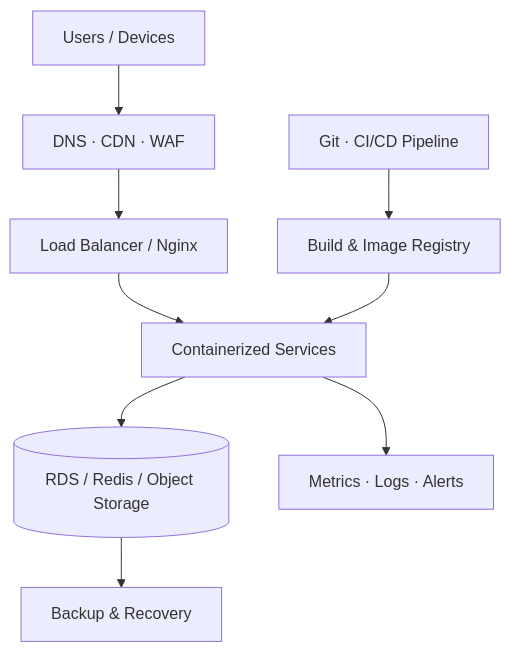
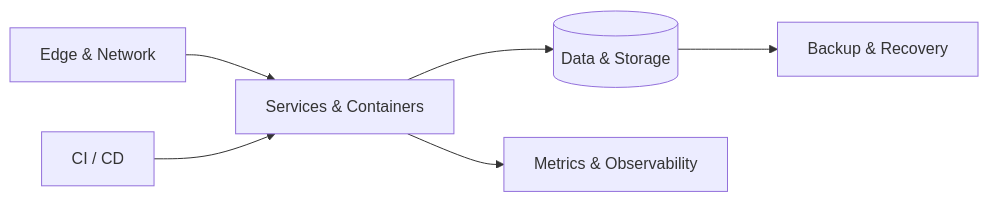
Before and after one commit to rui-Gg/rui-Gg: the diagram in README.md, drawn with Mermaid. The commit also changed other lines of this file, not shown here.

````diff
--- a/README.md
+++ b/README.md
@@ -68,11 +48,8 @@
 ```mermaid
-flowchart TB
-    U[Users / Devices] --> EDGE[DNS · CDN · WAF]
-    EDGE --> LB[Load Balancer / Nginx]
-    LB --> APP[Containerized Services]
-    APP --> DATA[(RDS / Redis / Object Storage)]
-    CI[Git · CI/CD Pipeline] --> REG[Build & Image Registry]
-    REG --> APP
-    APP --> OBS[Metrics · Logs · Alerts]
-    DATA --> BK[Backup & Recovery]
+flowchart LR
+    EDGE["Edge & Network"] --> APP["Services & Containers"]
+    PIPE["CI / CD"] --> APP
+    APP --> DATA[("Data & Storage")]
+    APP --> OBS["Metrics & Observability"]
+    DATA --> REC["Backup & Recovery"]
 ```
````
